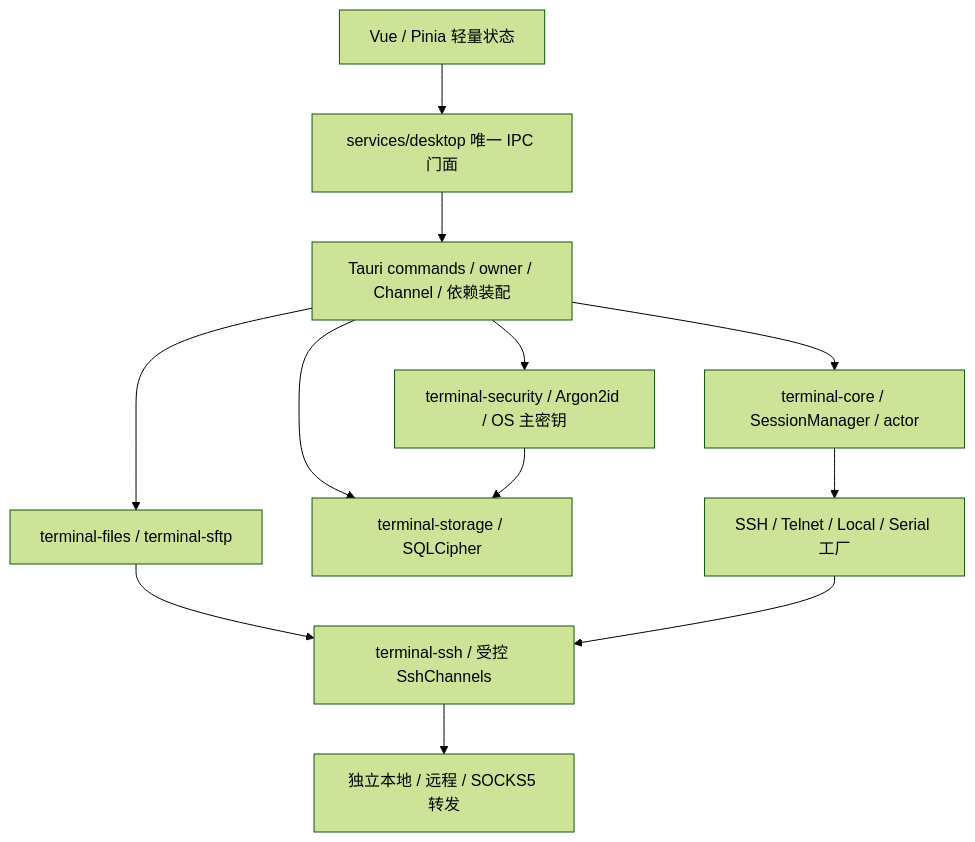
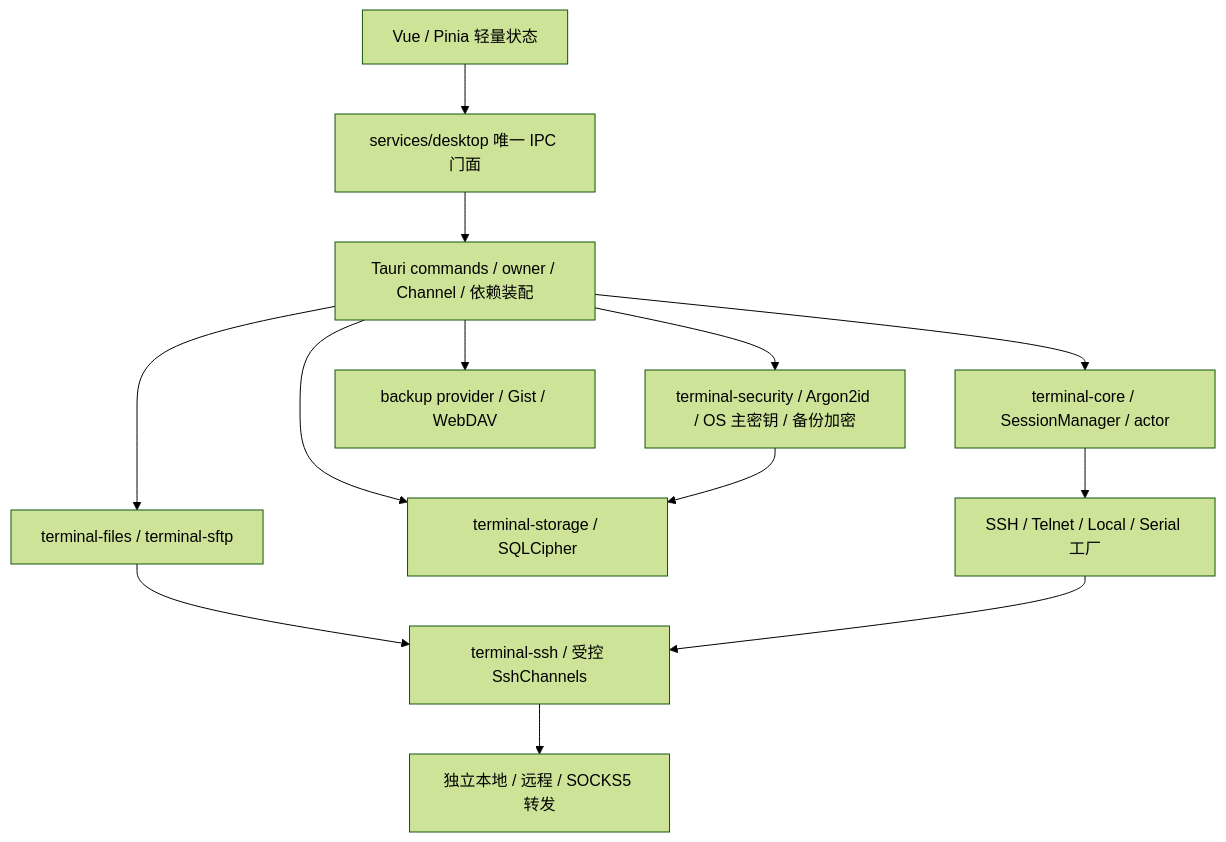
Before and after one commit to h3110w0r1d-y/termeta: the diagram in docs/03-architecture.md, drawn with Mermaid (forest theme). The commit also changed other lines of this file and 54 other files, not shown here.

Commit message:
✨ WebDAV/Gist同步功能

````diff
--- a/docs/03-architecture.md
+++ b/docs/03-architecture.md
@@ -7,14 +7,15 @@
 ```mermaid
 flowchart TB
   UI[Vue / Pinia 轻量状态] --> Desktop[services/desktop 唯一 IPC 门面]
   Desktop --> Shell[Tauri commands / owner / Channel / 依赖装配]
   Shell --> Core[terminal-core / SessionManager / actor]
   Core --> Adapters[SSH / Telnet / Local / Serial 工厂]
   Shell --> Storage[terminal-storage / SQLCipher]
-  Shell --> Security[terminal-security / Argon2id / OS 主密钥]
+  Shell --> Security[terminal-security / Argon2id / OS 主密钥 / 备份加密]
+  Shell --> Backup[backup provider / Gist / WebDAV]
   Security --> Storage
   Shell --> Files[terminal-files / terminal-sftp]
   Files --> SSH[terminal-ssh / 受控 SshChannels]
   Adapters --> SSH
   SSH --> Forward[独立本地 / 远程 / SOCKS5 转发]
 ```
````
